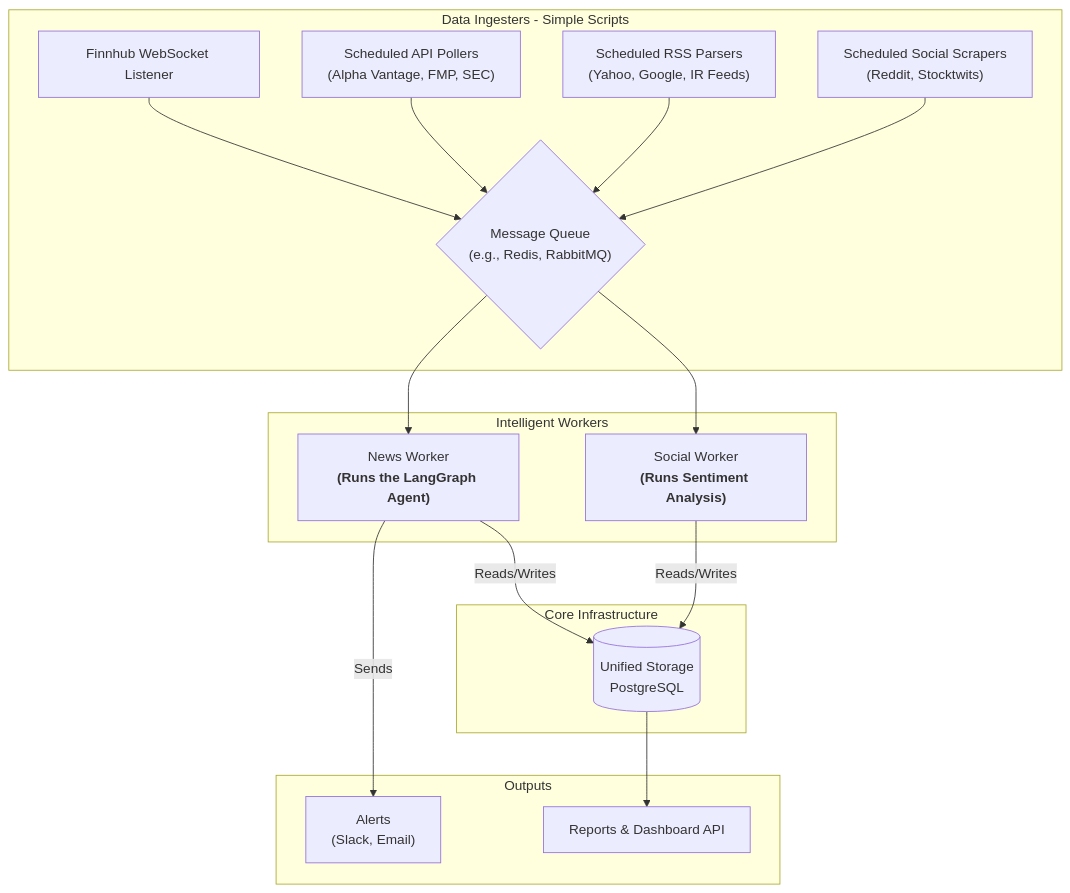
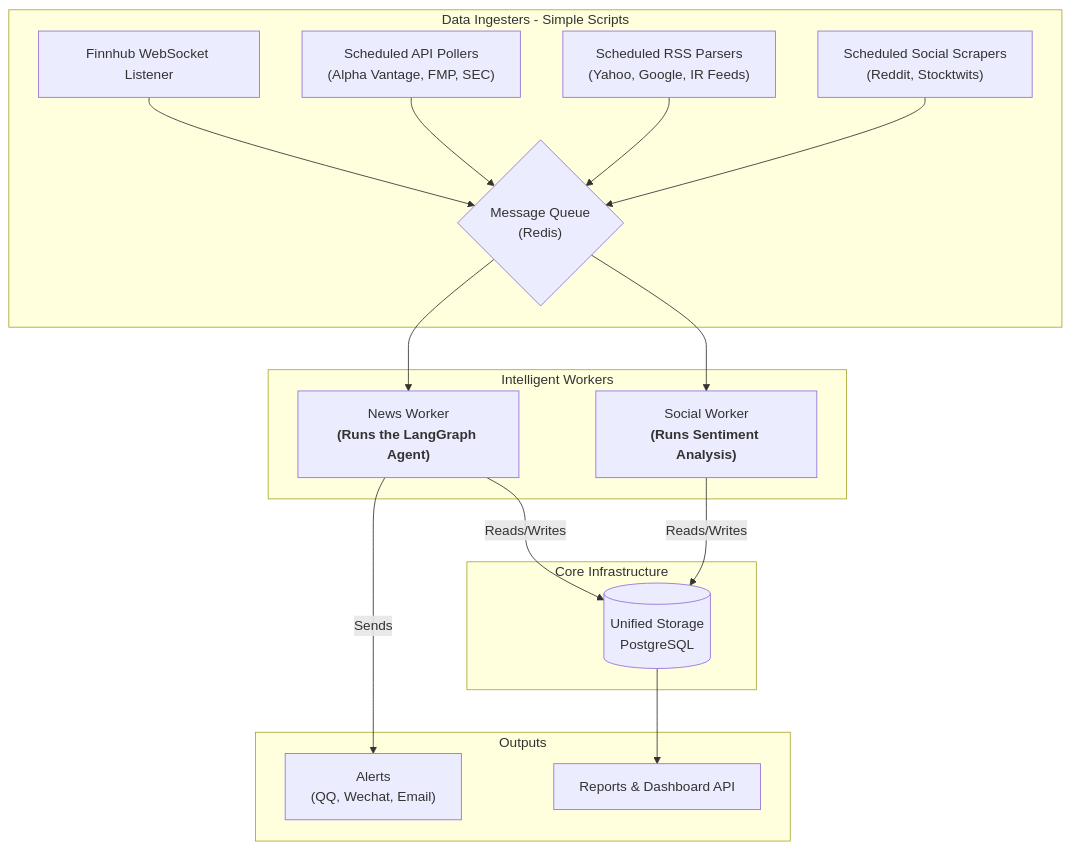
Before and after one commit to Freedom-Jack/ai-stock-insight: the diagram in design.md, drawn with Mermaid. The commit also changed 3 other files, not shown here.

````diff
--- a/design.md
+++ b/design.md
@@ -21,33 +21,33 @@
 ```mermaid
 graph TD
     subgraph Producers [Data Ingesters - Simple Scripts]
         A1[Finnhub WebSocket Listener] --> Q
         A2["Scheduled API Pollers<br>(Alpha Vantage, FMP, SEC)"] --> Q
         A3["Scheduled RSS Parsers<br>(Yahoo, Google, IR Feeds)"] --> Q
         A4["Scheduled Social Scrapers<br>(Reddit, Stocktwits)"] --> Q
     end
 
     subgraph Core Infrastructure
-        Q{"Message Queue<br>(e.g., Redis, RabbitMQ)"}
+        Q{"Message Queue<br>(Redis)"}
         DB[("Unified Storage<br>PostgreSQL")]
     end
     
     subgraph Consumers [Intelligent Workers]
         W1["News Worker<br><b>(Runs the LangGraph Agent)</b>"]
         W2["Social Worker<br><b>(Runs Sentiment Analysis)</b>"]
     end
 
     subgraph Outputs
-        AL["Alerts<br>(Slack, Email)"]
+        AL["Alerts<br>(QQ, Wechat, Email)"]
         RP[Reports & Dashboard API]
     end
 
     Q --> W1
     Q --> W2
     
     W1 -- Reads/Writes --> DB
     W2 -- Reads/Writes --> DB
 
     W1 -- Sends --> AL
     DB --> RP
 ```
````
